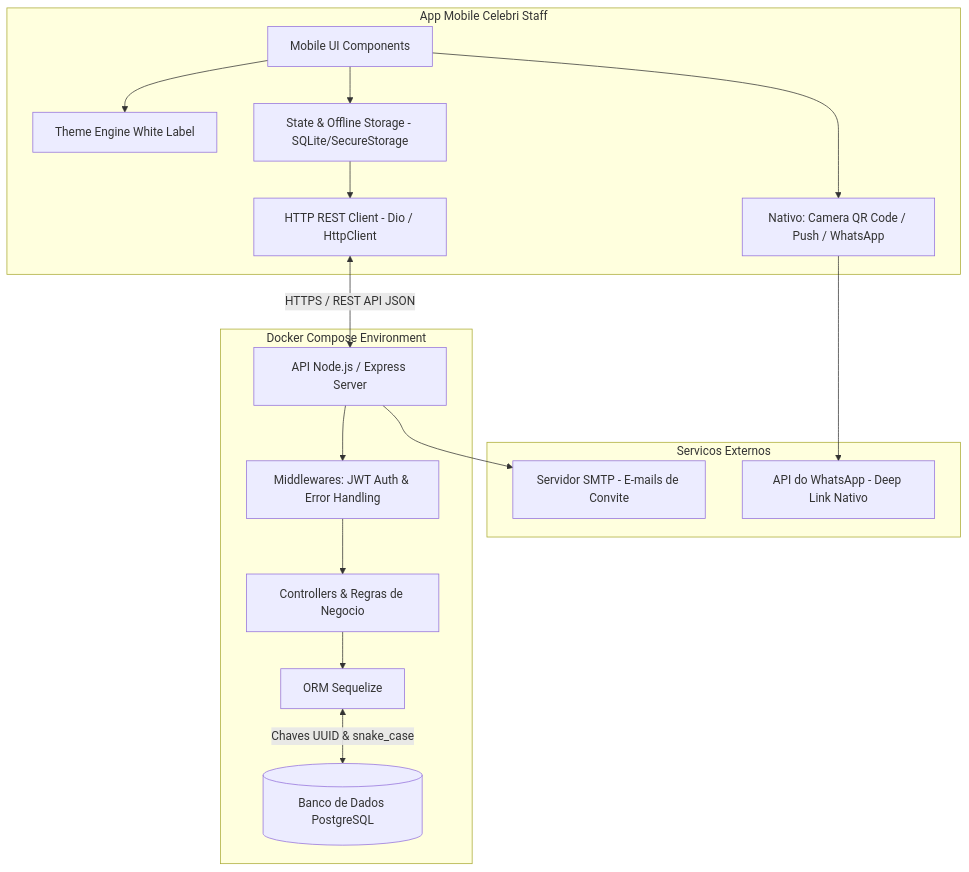
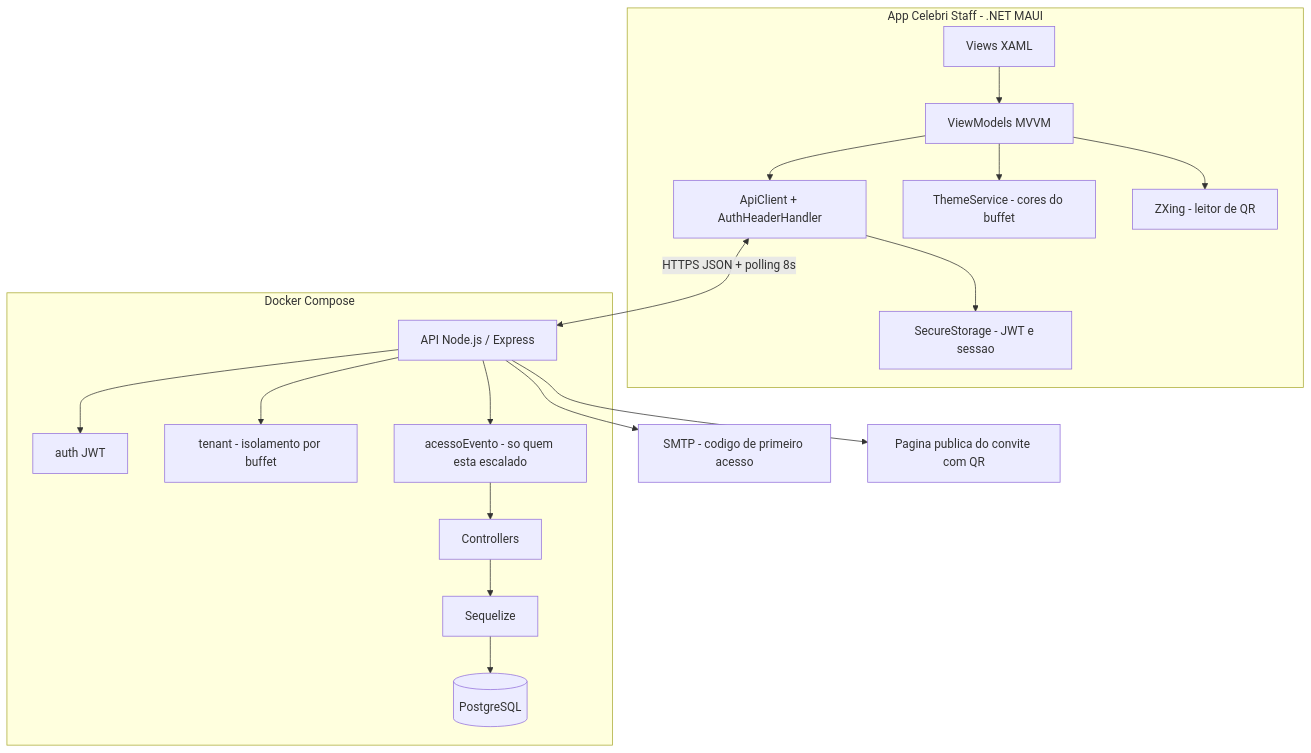
Before and after one commit to leoantoniassi/celebri-staff: the second of 5 diagrams in README.md, drawn with Mermaid. The commit also changed other lines of this file and 2 other files, not shown here.

````diff
--- a/README.md
+++ b/README.md
@@ -117,22 +162,20 @@
 ```mermaid
 graph TD
-    subgraph Dispositivo Movel [App Mobile Celebri Staff]
-        A[Mobile UI Components] --> B[Theme Engine White Label]
-        A --> C[State & Offline Storage - SQLite/SecureStorage]
-        A --> D[Nativo: Camera QR Code / Push / WhatsApp]
-        C --> E[HTTP REST Client - Dio / HttpClient]
+    subgraph App[App Celebri Staff - .NET MAUI]
+        V[Views XAML] --> VM[ViewModels MVVM]
+        VM --> S[ApiClient + AuthHeaderHandler]
+        VM --> T[ThemeService - cores do buffet]
+        VM --> Q[ZXing - leitor de QR]
+        S --> SS[SecureStorage - JWT e sessao]
     end
-
-    subgraph Infraestrutura Backend [Docker Compose Environment]
-        E <-->|HTTPS / REST API JSON| F[API Node.js / Express Server]
-        F --> G[Middlewares: JWT Auth & Error Handling]
-        G --> H[Controllers & Regras de Negocio]
-        H --> I[ORM Sequelize]
-        I <-->|Chaves UUID & snake_case| J[(Banco de Dados PostgreSQL)]
+    subgraph Backend[Docker Compose]
+        S <-->|HTTPS JSON + polling 8s| API[API Node.js / Express]
+        API --> M1[auth JWT]
+        API --> M2[tenant - isolamento por buffet]
+        API --> M3[acessoEvento - so quem esta escalado]
+        M3 --> C[Controllers]
+        C --> ORM[Sequelize] --> DB[(PostgreSQL)]
     end
-
-    subgraph Servicos Externos
-        F --> K[Servidor SMTP - E-mails de Convite]
-        D --> L[API do WhatsApp - Deep Link Nativo]
-    end
+    API --> SMTP[SMTP - codigo de primeiro acesso]
+    API --> PUB[Pagina publica do convite com QR]
 ```
````
